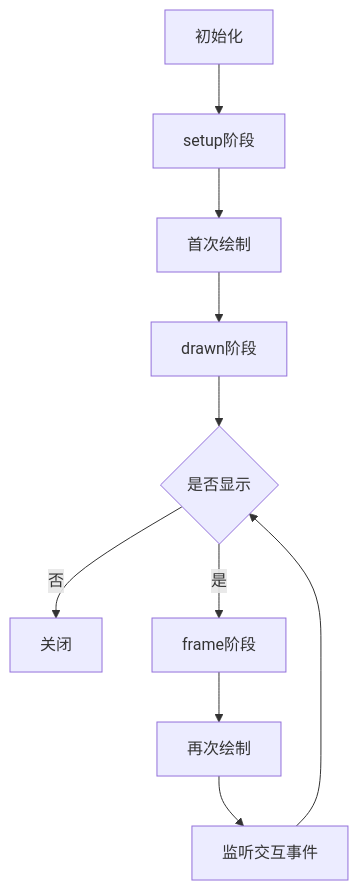
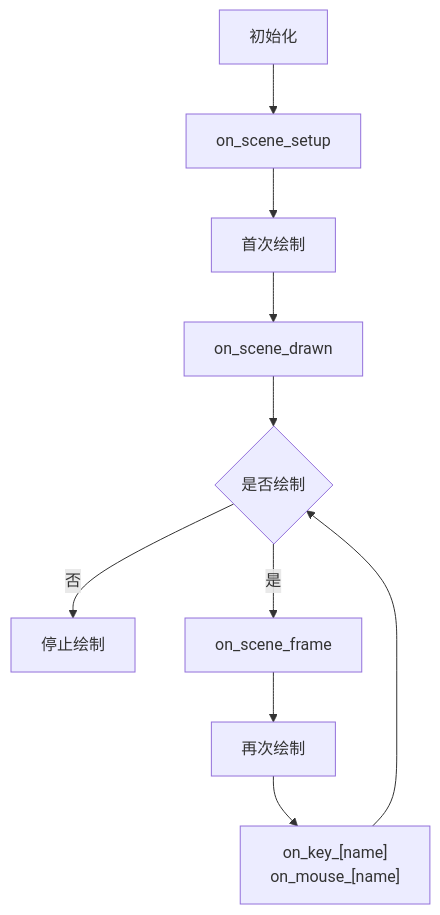
The diagram in README-zh.md (bluebones-team/psychopy-scene), drawn with Mermaid before and after one commit. The commit also changed other lines of this file and 9 other files, not shown here.

````diff
--- a/README-zh.md
+++ b/README-zh.md
@@ -249,6 +142,6 @@
 ```mermaid
 graph TD
-初始化 --> setup阶段 --> 首次绘制 --> drawn阶段 --> c{是否显示}
-c -->|否| 关闭
-c -->|是| frame阶段 --> 再次绘制 --> 监听交互事件 --> c
+初始化 --> on_scene_setup --> 首次绘制 --> on_scene_drawn --> c{是否绘制}
+c -->|否| 停止绘制
+c -->|是| on_scene_frame --> 再次绘制 --> _["on_key_[name]<br>on_mouse_[name]"] --> c
 ```
````
